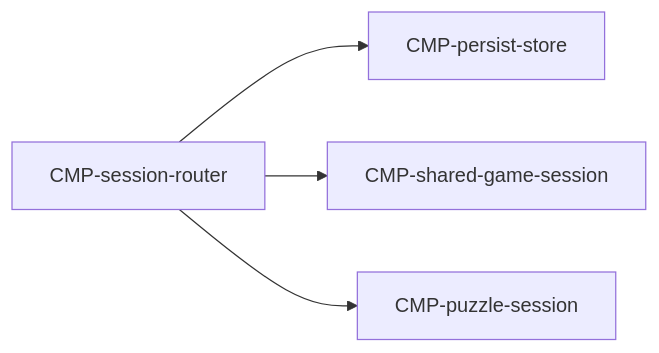
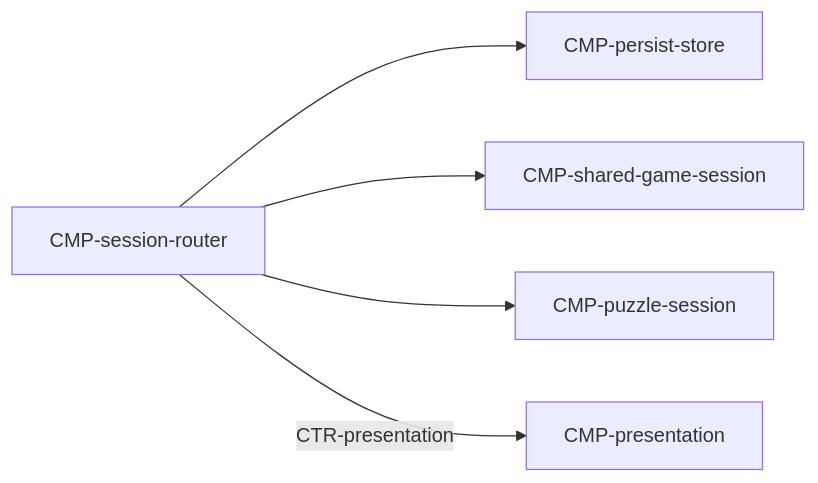
The diagram in specs/technical/components/session-router.md (waigore/simplechessv2), drawn with Mermaid before and after one commit. The commit also changed other lines of this file and 120 other files, not shown here.

````diff
--- a/specs/technical/components/session-router.md
+++ b/specs/technical/components/session-router.md
@@ -39,10 +40,12 @@
 ```mermaid
 flowchart LR
   R[CMP-session-router]
   P[CMP-persist-store]
   S[CMP-shared-game-session]
   Q[CMP-puzzle-session]
+  V[CMP-presentation]
   R --> P
   R --> S
   R --> Q
+  R -->|CTR-presentation| V
 ```
````
